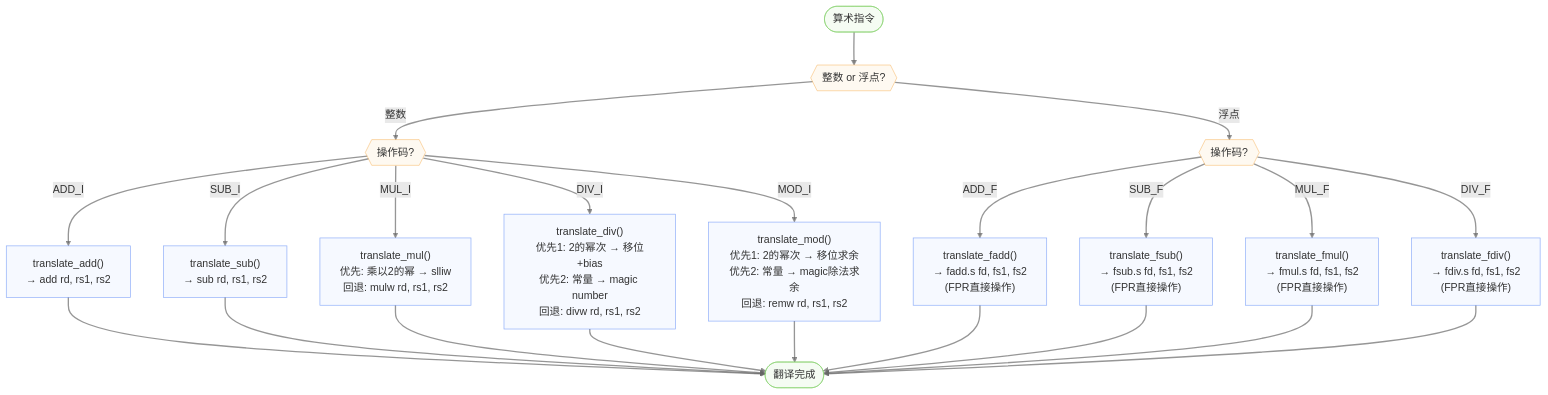
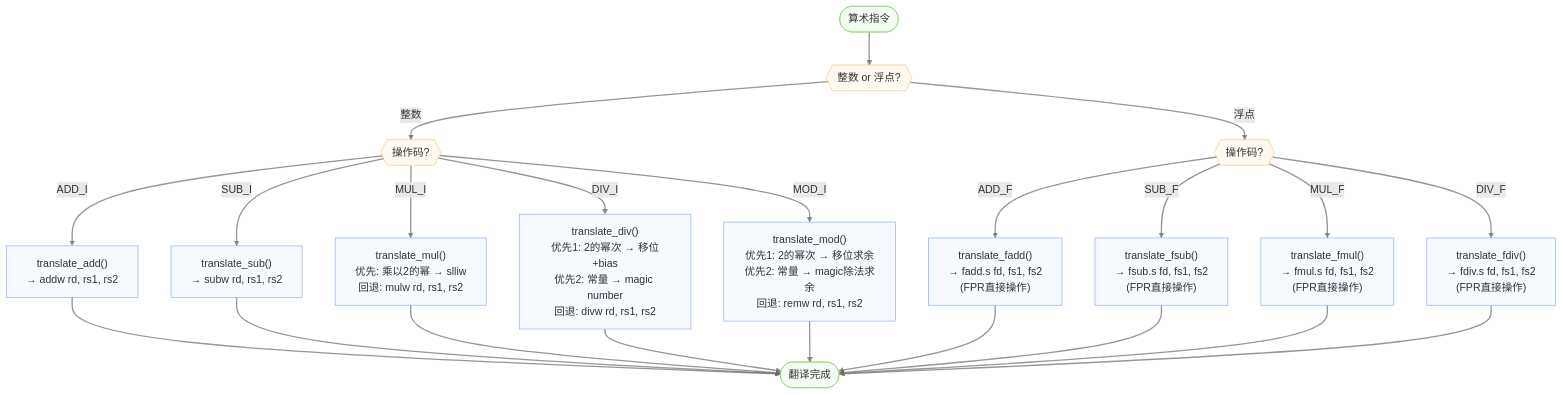
One commit to LLLLLLLLazy/compiler-lite changed the fourth of 10 diagrams in docs/backend-instselect.md. Above: the diagram before and after it, drawn with Mermaid. The commit also changed other lines of this file and 9 other files, not shown here.

````diff
--- a/docs/backend-instselect.md
+++ b/docs/backend-instselect.md
@@ -97,32 +97,32 @@
 ```mermaid
 flowchart TD
     Start(["算术指令"]) --> OpCheck{{"整数 or 浮点?"}}
     OpCheck -- "整数" --> IntCheck{{"操作码?"}}
     OpCheck -- "浮点" --> FloatCheck{{"操作码?"}}
 
-    IntCheck -- "ADD_I" --> T_add["translate_add()<br>→ add rd, rs1, rs2"]
-    IntCheck -- "SUB_I" --> T_sub["translate_sub()<br>→ sub rd, rs1, rs2"]
+    IntCheck -- "ADD_I" --> T_add["translate_add()<br>→ addw rd, rs1, rs2"]
+    IntCheck -- "SUB_I" --> T_sub["translate_sub()<br>→ subw rd, rs1, rs2"]
     IntCheck -- "MUL_I" --> T_mul["translate_mul()<br>优先: 乘以2的幂 → slliw<br>回退: mulw rd, rs1, rs2"]
     IntCheck -- "DIV_I" --> T_div["translate_div()<br>优先1: 2的幂次 → 移位+bias<br>优先2: 常量 → magic number<br>回退: divw rd, rs1, rs2"]
     IntCheck -- "MOD_I" --> T_mod["translate_mod()<br>优先1: 2的幂次 → 移位求余<br>优先2: 常量 → magic除法求余<br>回退: remw rd, rs1, rs2"]
 
     FloatCheck -- "ADD_F" --> T_fadd["translate_fadd()<br>→ fadd.s fd, fs1, fs2<br>(FPR直接操作)"]
     FloatCheck -- "SUB_F" --> T_fsub["translate_fsub()<br>→ fsub.s fd, fs1, fs2<br>(FPR直接操作)"]
     FloatCheck -- "MUL_F" --> T_fmul["translate_fmul()<br>→ fmul.s fd, fs1, fs2<br>(FPR直接操作)"]
     FloatCheck -- "DIV_F" --> T_fdiv["translate_fdiv()<br>→ fdiv.s fd, fs1, fs2<br>(FPR直接操作)"]
 
     T_add & T_sub & T_mul & T_div & T_mod --> End
     T_fadd & T_fsub & T_fmul & T_fdiv --> End(["翻译完成"])
 
     %%Node styles
     classDef default fill:#E2EAFE4F,stroke:#5A88F6AF
     classDef endNode fill:#DDF4D84F,stroke:#7DCF62AF
     classDef decisionNode fill:#FCEBD34f,stroke:#F6AA4BAF
 
     %%Link styles
     linkStyle default stroke:#666666AF,stroke-width:2px
 
     %%Node classes
     class Start,End endNode
     class OpCheck,IntCheck,FloatCheck decisionNode
 ```
````
